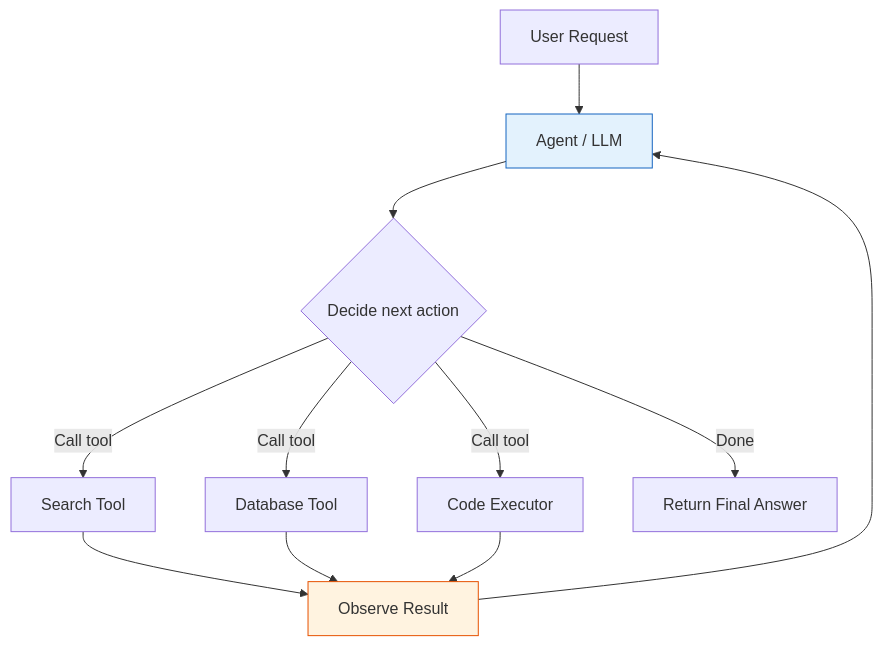
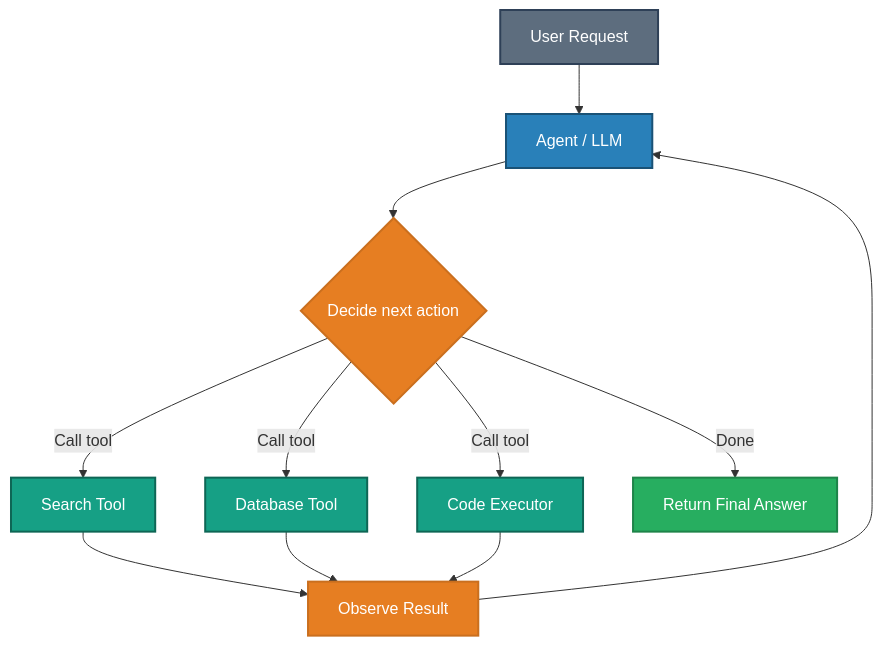
The tenth of 24 diagrams in docs/17-interview-questions/topic_deep_dive_rag.md (GyanendraChaubey/AI-Engineering-Notes), drawn with Mermaid before and after one commit. The commit also changed other lines of this file and 74 other files, not shown here.

First line of the commit message:
refactor: split company_wise_interviews.md into 72 individual interview files + fix mermaid colors

````diff
--- a/docs/17-interview-questions/topic_deep_dive_rag.md
+++ b/docs/17-interview-questions/topic_deep_dive_rag.md
@@ -447,16 +501,22 @@
 ```mermaid
 flowchart TD
     U[User Request] --> A[Agent / LLM]
     A --> D{Decide next action}
     D -->|Call tool| T1[Search Tool]
     D -->|Call tool| T2[Database Tool]
     D -->|Call tool| T3[Code Executor]
     D -->|Done| R[Return Final Answer]
     T1 --> OBS[Observe Result]
     T2 --> OBS
     T3 --> OBS
     OBS --> A
 
-    style A fill:#e3f2fd,stroke:#1565c0
-    style OBS fill:#fff3e0,stroke:#e65100
+    style U fill:#5D6D7E,stroke:#2E4057,stroke-width:2px,color:#FFFFFF
+    style A fill:#2980B9,stroke:#1A5276,stroke-width:2px,color:#FFFFFF
+    style D fill:#E67E22,stroke:#CA6F1E,stroke-width:2px,color:#FFFFFF
+    style T1 fill:#16A085,stroke:#0E6655,stroke-width:2px,color:#FFFFFF
+    style T2 fill:#16A085,stroke:#0E6655,stroke-width:2px,color:#FFFFFF
+    style T3 fill:#16A085,stroke:#0E6655,stroke-width:2px,color:#FFFFFF
+    style R fill:#27AE60,stroke:#1E8449,stroke-width:2px,color:#FFFFFF
+    style OBS fill:#E67E22,stroke:#CA6F1E,stroke-width:2px,color:#FFFFFF
 ```
````
